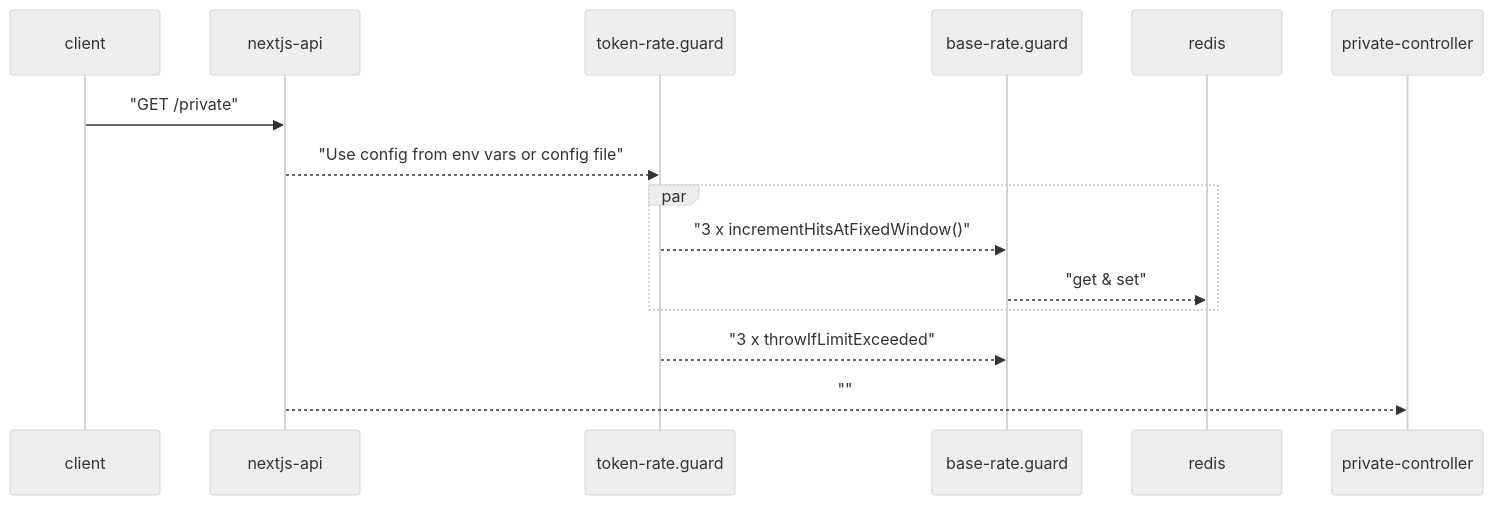
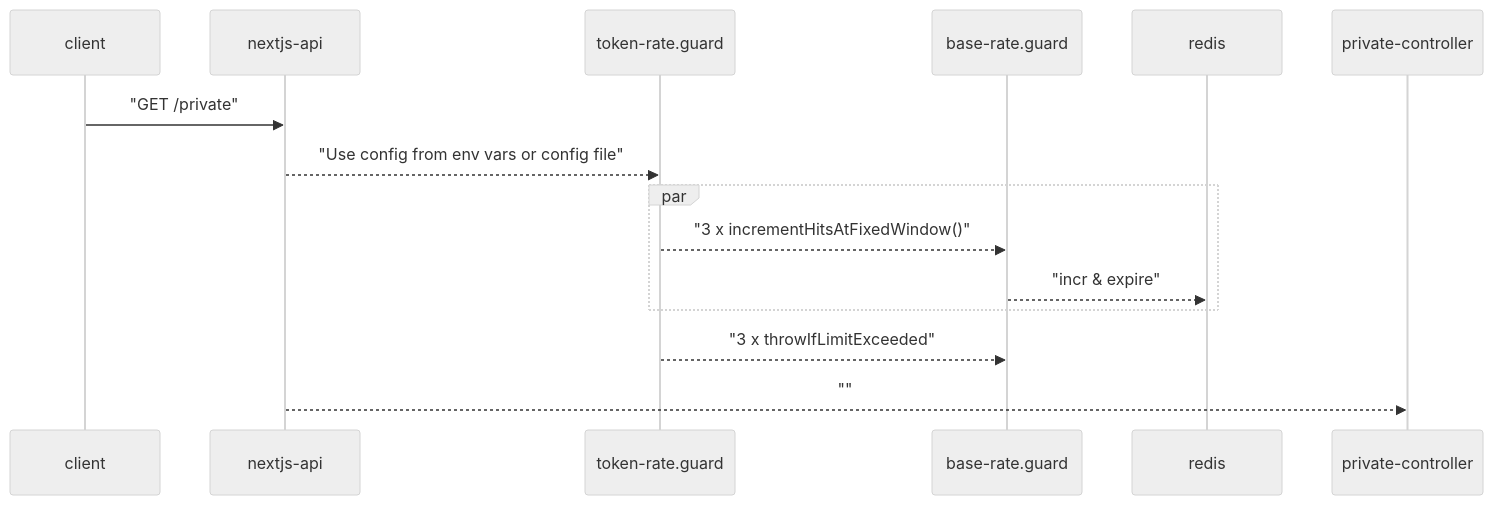
The fourth of 4 diagrams in README.md (tot-ra/sandbox-nestjs-auth-ratelimit), drawn with Mermaid (neutral theme) before and after one commit. The commit also changed other lines of this file and 2 other files, not shown here.

Commit message:
add e2e test for ratelimit testing fix redis read/write delays with more atomic increment with expiration

````diff
--- a/README.md
+++ b/README.md
@@ -64,13 +64,13 @@
 ```mermaid
 sequenceDiagram
     client ->> nextjs-api: "GET /private"
     nextjs-api -->> token-rate.guard: "Use config from env vars or config file"
     
     par
         token-rate.guard -->> base-rate.guard: "3 x incrementHitsAtFixedWindow()"
-        base-rate.guard -->> redis: "get & set"
+        base-rate.guard -->> redis: "incr & expire"
     end
     
     token-rate.guard -->> base-rate.guard: "3 x throwIfLimitExceeded"
     nextjs-api -->> private-controller:""
 ```
````
